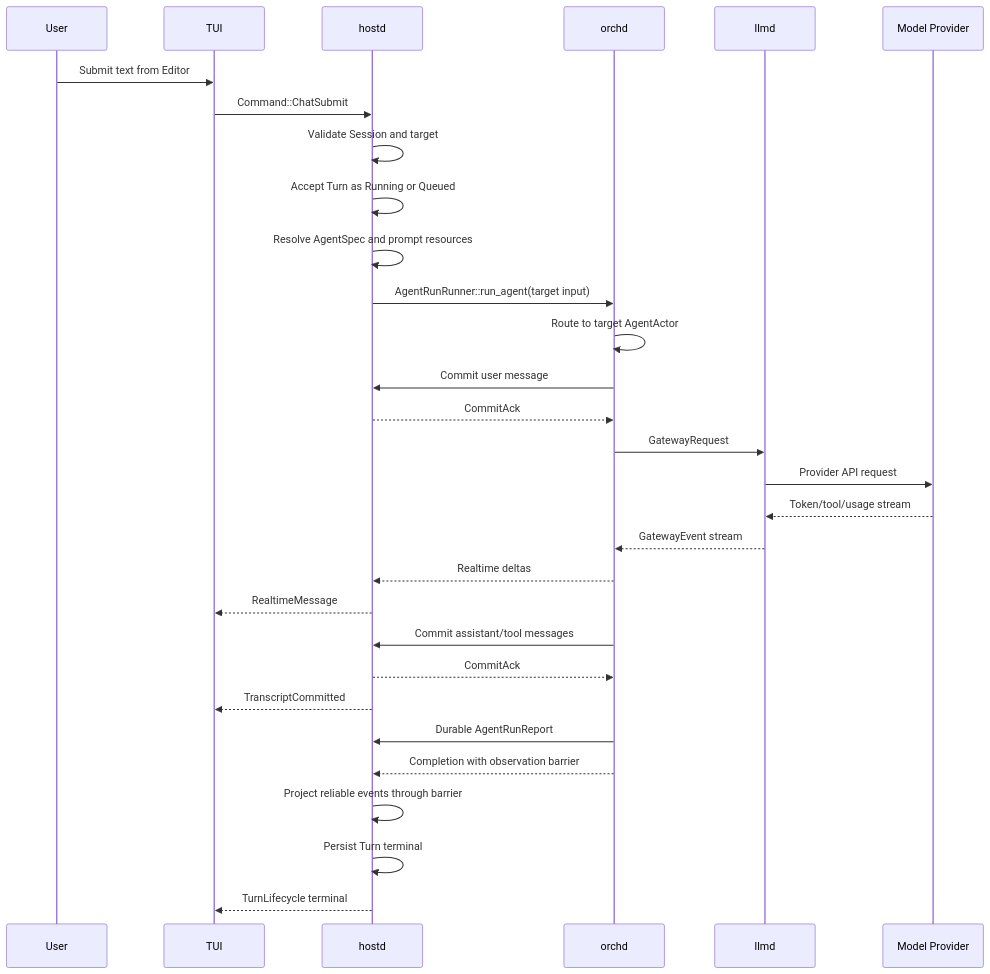
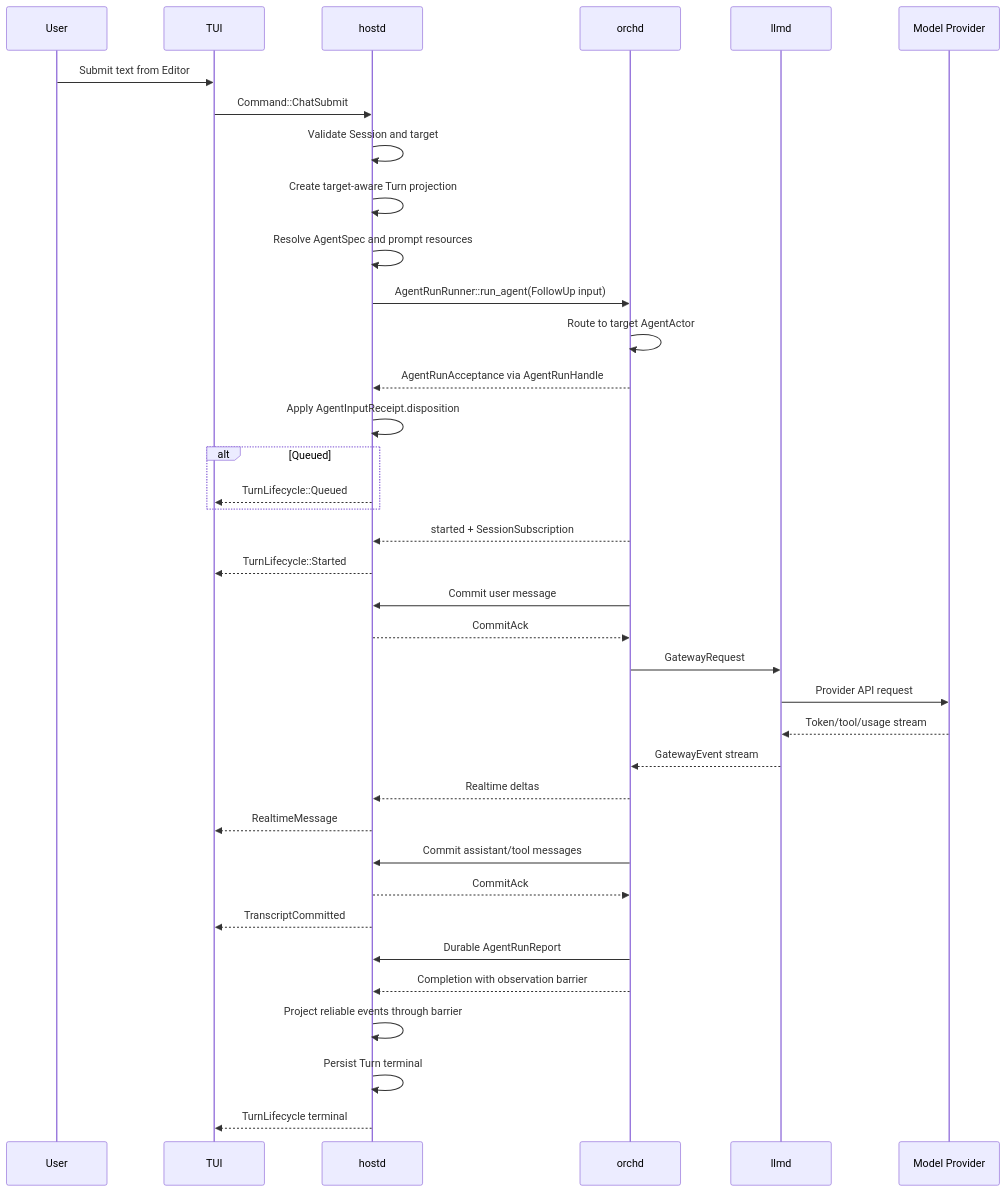
The first of 3 diagrams in docs/multi-agent-end-to-end-data-flow.md (biuld/piko), drawn with Mermaid before and after one commit. The commit also changed other lines of this file and 38 other files, not shown here.

First line of the commit message:
feat(hostd/orchd): implement durable agent follow-up queues and refine turn observation

````diff
--- a/docs/multi-agent-end-to-end-data-flow.md
+++ b/docs/multi-agent-end-to-end-data-flow.md
@@ -109,38 +109,45 @@
 ```mermaid
 sequenceDiagram
     participant U as User
     participant T as TUI
     participant H as hostd
     participant O as orchd
     participant L as llmd
     participant P as Model Provider
 
     U->>T: Submit text from Editor
     T->>H: Command::ChatSubmit
     H->>H: Validate Session and target
-    H->>H: Accept Turn as Running or Queued
+    H->>H: Create target-aware Turn projection
     H->>H: Resolve AgentSpec and prompt resources
-    H->>O: AgentRunRunner::run_agent(target input)
+    H->>O: AgentRunRunner::run_agent(FollowUp input)
 
     O->>O: Route to target AgentActor
+    O-->>H: AgentRunAcceptance via AgentRunHandle
+    H->>H: Apply AgentInputReceipt.disposition
+    alt Queued
+        H-->>T: TurnLifecycle::Queued
+    end
+    O-->>H: started + SessionSubscription
+    H-->>T: TurnLifecycle::Started
     O->>H: Commit user message
     H-->>O: CommitAck
 
     O->>L: GatewayRequest
     L->>P: Provider API request
     P-->>L: Token/tool/usage stream
     L-->>O: GatewayEvent stream
 
     O-->>H: Realtime deltas
     H-->>T: RealtimeMessage
 
     O->>H: Commit assistant/tool messages
     H-->>O: CommitAck
     H-->>T: TranscriptCommitted
 
     O->>H: Durable AgentRunReport
     O-->>H: Completion with observation barrier
     H->>H: Project reliable events through barrier
     H->>H: Persist Turn terminal
     H-->>T: TurnLifecycle terminal
 ```
````
